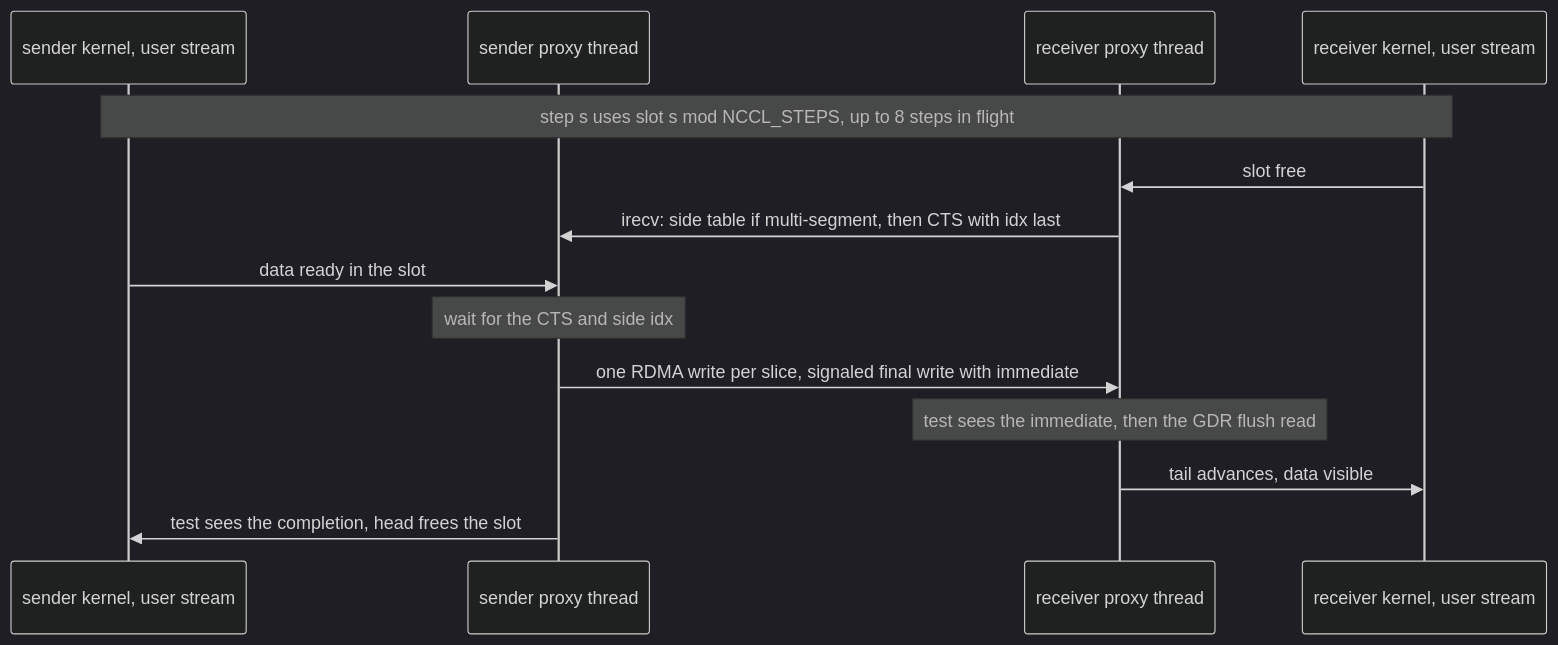
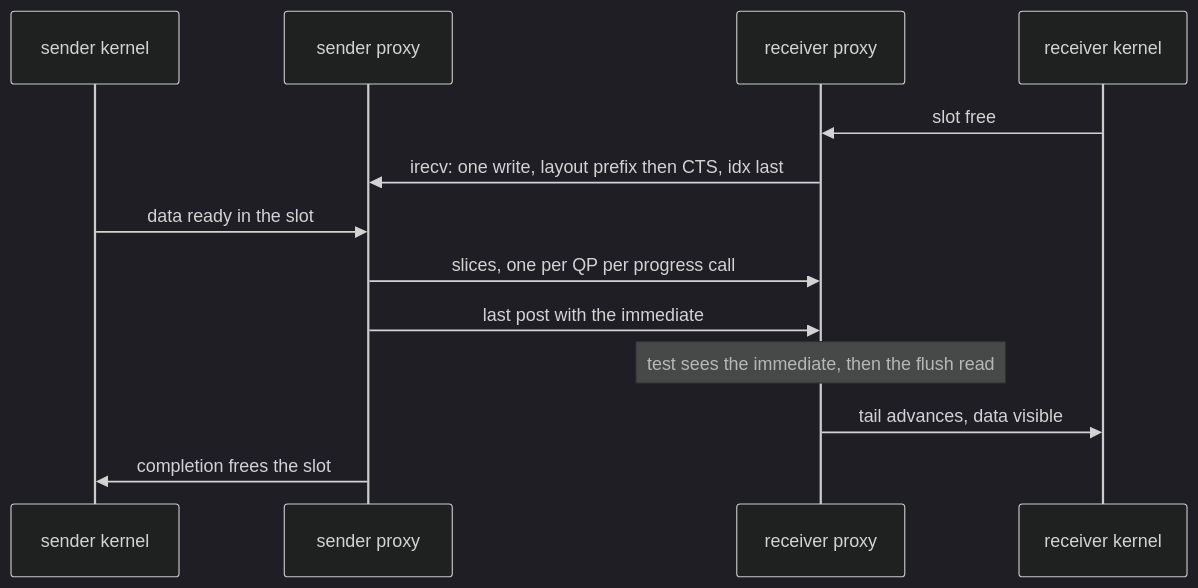
One commit to ROCm/rocm-systems changed the fourth of 4 diagrams in projects/rccl/docs/design/multi_segment_netib_wire.md. Above: the diagram before and after it, drawn with Mermaid (dark theme). The commit also changed other lines of this file and 16 other files, not shown here.

First line of the commit message:
docs: update multi-segment design docs for the review fixes and the fork plugin

````diff
--- a/projects/rccl/docs/design/multi_segment_netib_wire.md
+++ b/projects/rccl/docs/design/multi_segment_netib_wire.md
@@ -197,17 +150,16 @@
 ```mermaid
-%% caption: One P2P step through a NCCL_STEPS slot, kernels on the user stream and proxies on host threads
+%% caption: One P2P step through a NCCL_STEPS slot
 sequenceDiagram
- participant KS as sender kernel, user stream
- participant SP as sender proxy thread
- participant RP as receiver proxy thread
- participant KR as receiver kernel, user stream
- Note over KS,KR: step s uses slot s mod NCCL_STEPS, up to 8 steps in flight
+ participant KS as sender kernel
+ participant SP as sender proxy
+ participant RP as receiver proxy
+ participant KR as receiver kernel
  KR->>RP: slot free
- RP->>SP: irecv: side table if multi-segment, then CTS with idx last
+ RP->>SP: irecv: one write, layout prefix then CTS, idx last
  KS->>SP: data ready in the slot
- Note over SP: wait for the CTS and side idx
- SP->>RP: one RDMA write per slice, signaled final write with immediate
- Note over RP: test sees the immediate, then the GDR flush read
+ SP->>RP: slices, one per QP per progress call
+ SP->>RP: last post with the immediate
+ Note over RP: test sees the immediate, then the flush read
  RP->>KR: tail advances, data visible
- SP->>KS: test sees the completion, head frees the slot
+ SP->>KS: completion frees the slot
 ```
````
